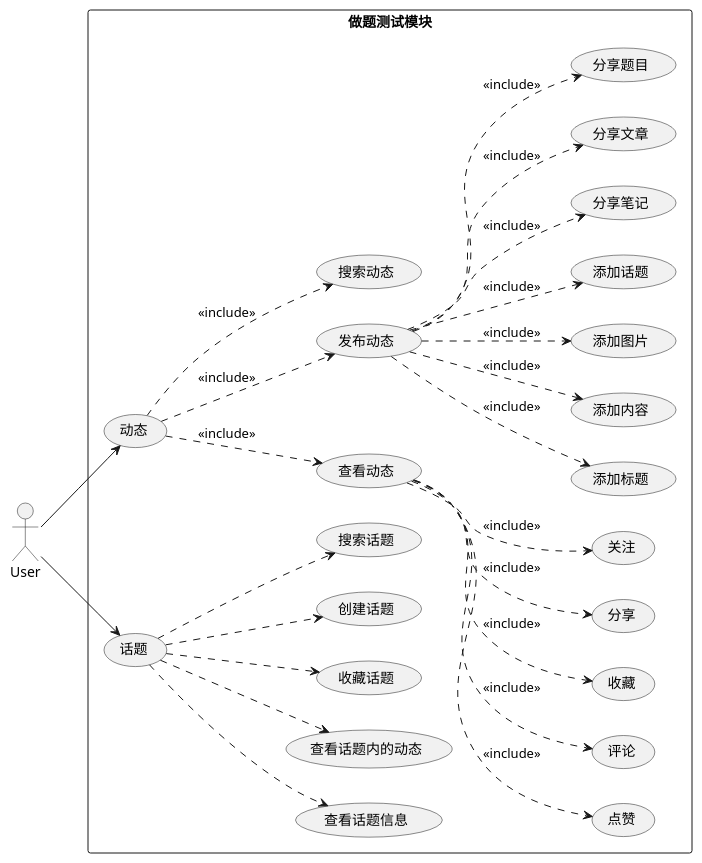
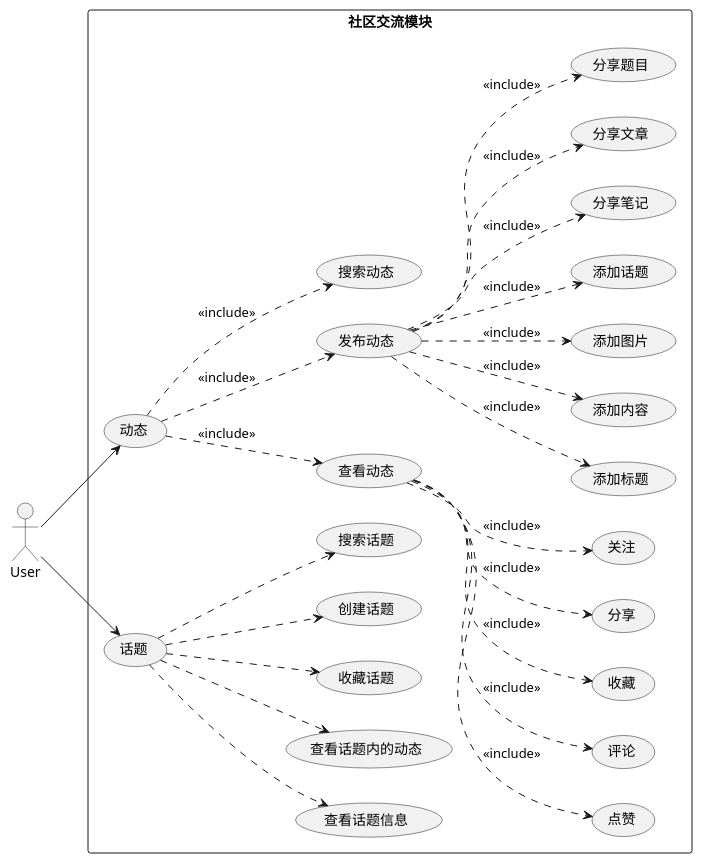
One commit to zhaoxiao698/ZhiYing-server changed the diagram in src/main/java/com/zhaoxiao/uml/user/community.puml. Above: the diagram before and after it, drawn with PlantUML. The commit also changed 11 other files, not shown here.

```diff
--- a/src/main/java/com/zhaoxiao/uml/user/community.puml
+++ b/src/main/java/com/zhaoxiao/uml/user/community.puml
@@ -1,30 +1,30 @@
 @startuml
 left to right direction
 skinparam packageStyle rectangle
 actor User
-rectangle 做题测试模块 {
+rectangle 社区交流模块 {
   User --> (动态)
   (动态) ..> (查看动态) : <<include>>
   (查看动态) ..> (点赞) : <<include>>
   (查看动态) ..> (评论) : <<include>>
   (查看动态) ..> (收藏) : <<include>>
   (查看动态) ..> (分享) : <<include>>
   (查看动态) ..> (关注) : <<include>>
 '  (查看动态) ..> (举报) : <<include>>
   (动态) ..> (发布动态) : <<include>>
   (发布动态) ..> (添加标题) : <<include>>
   (发布动态) ..> (添加内容) : <<include>>
   (发布动态) ..> (添加图片) : <<include>>
   (发布动态) ..> (添加话题) : <<include>>
   (发布动态) ..> (分享笔记) : <<include>>
   (发布动态) ..> (分享文章) : <<include>>
   (发布动态) ..> (分享题目) : <<include>>
   (动态) ..> (搜索动态) : <<include>>
   User --> (话题)
   (话题) ..> (查看话题信息)
   (话题) ..> (查看话题内的动态)
   (话题) ..> (收藏话题)
   (话题) ..> (创建话题)
   (话题) ..> (搜索话题)
 }
 @enduml
```
